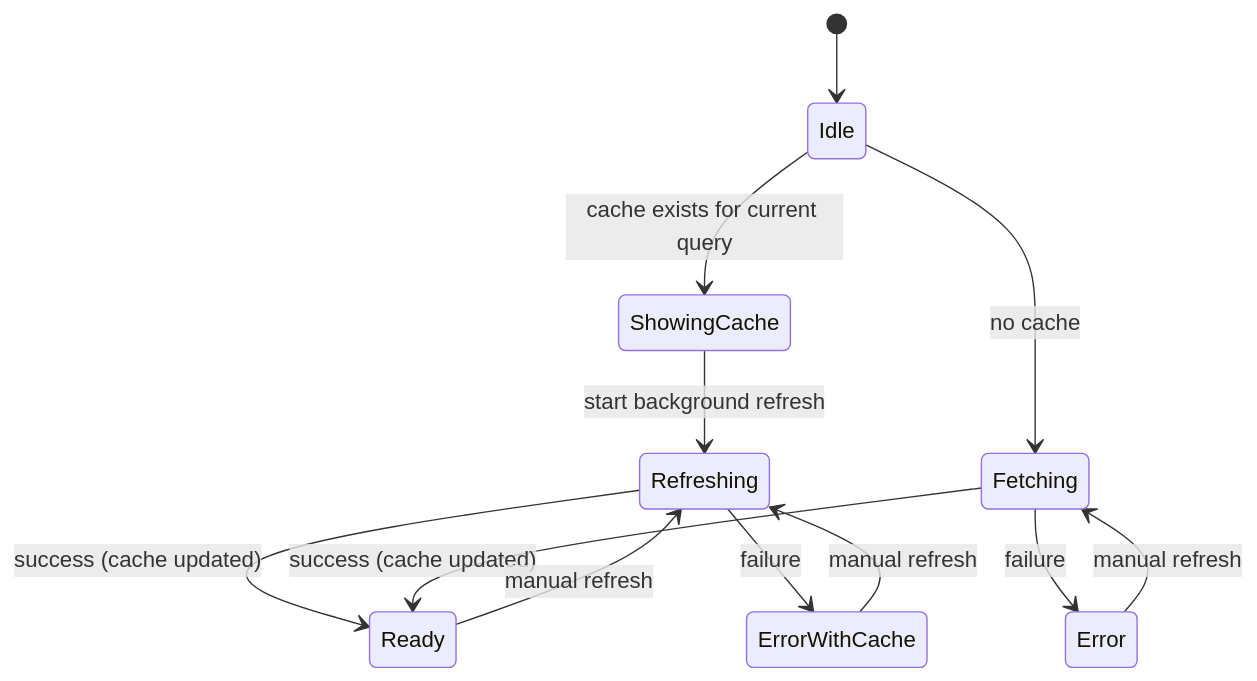
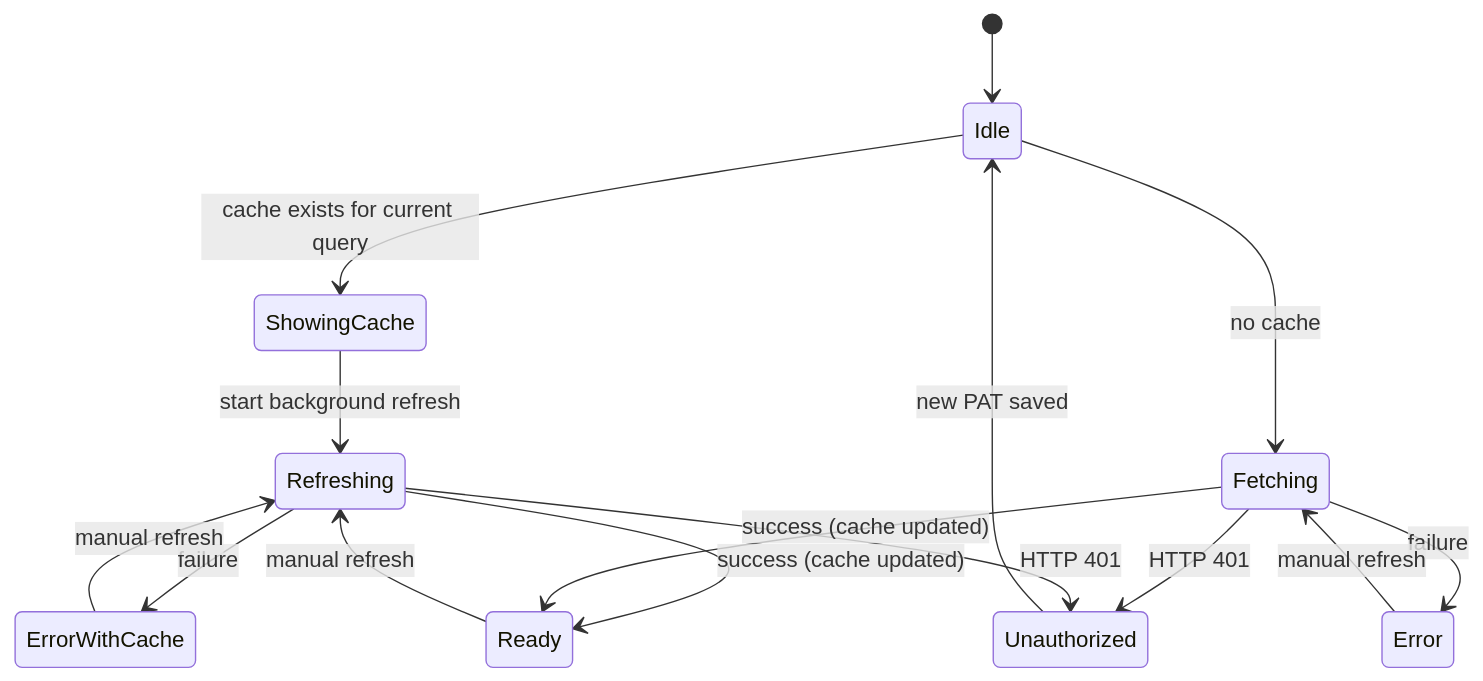
The second of 2 diagrams in ARCHITECTURE.md (handlename/review-dashboard), drawn with Mermaid before and after one commit. The commit also changed other lines of this file and 3 other files, not shown here.

````diff
--- a/ARCHITECTURE.md
+++ b/ARCHITECTURE.md
@@ -167,14 +175,17 @@
 ```mermaid
 stateDiagram-v2
     [*] --> Idle
     Idle --> ShowingCache: cache exists for current query
     Idle --> Fetching: no cache
     ShowingCache --> Refreshing: start background refresh
     Refreshing --> Ready: success (cache updated)
     Refreshing --> ErrorWithCache: failure
     Fetching --> Ready: success (cache updated)
     Fetching --> Error: failure
     Ready --> Refreshing: manual refresh
     ErrorWithCache --> Refreshing: manual refresh
     Error --> Fetching: manual refresh
+    Fetching --> Unauthorized: HTTP 401
+    Refreshing --> Unauthorized: HTTP 401
+    Unauthorized --> Idle: new PAT saved
 ```
````
